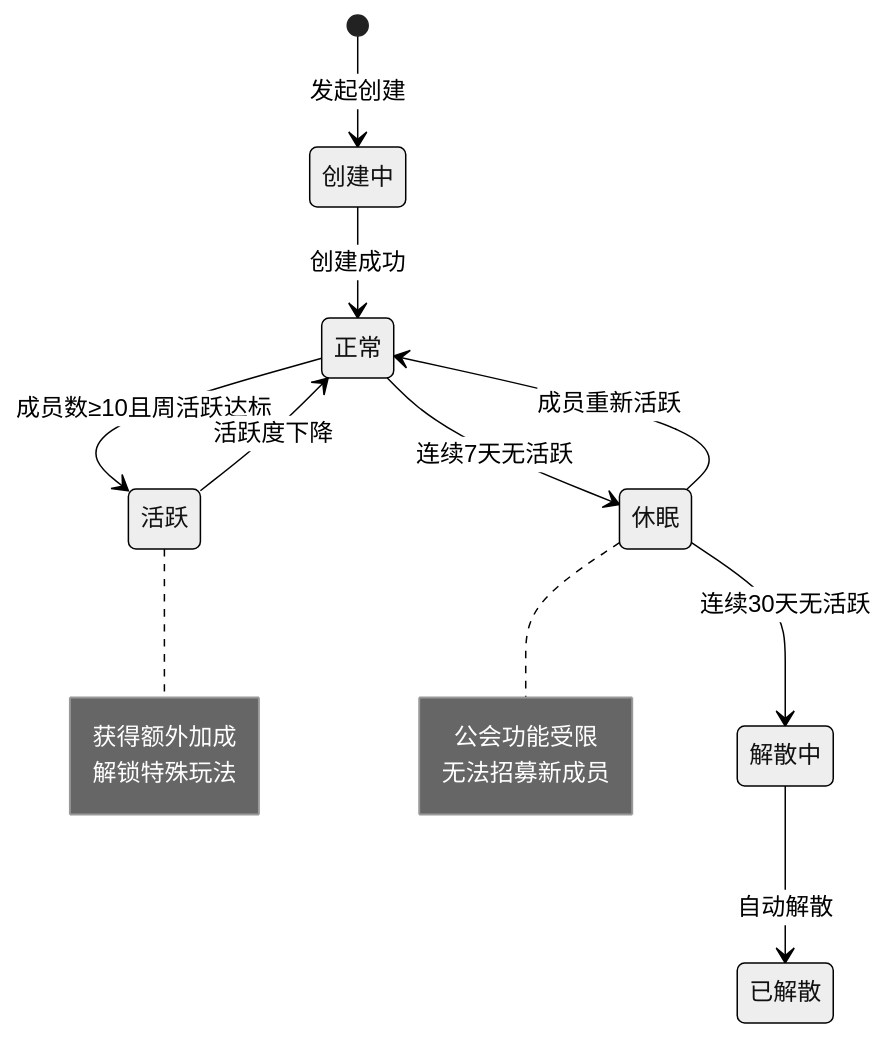
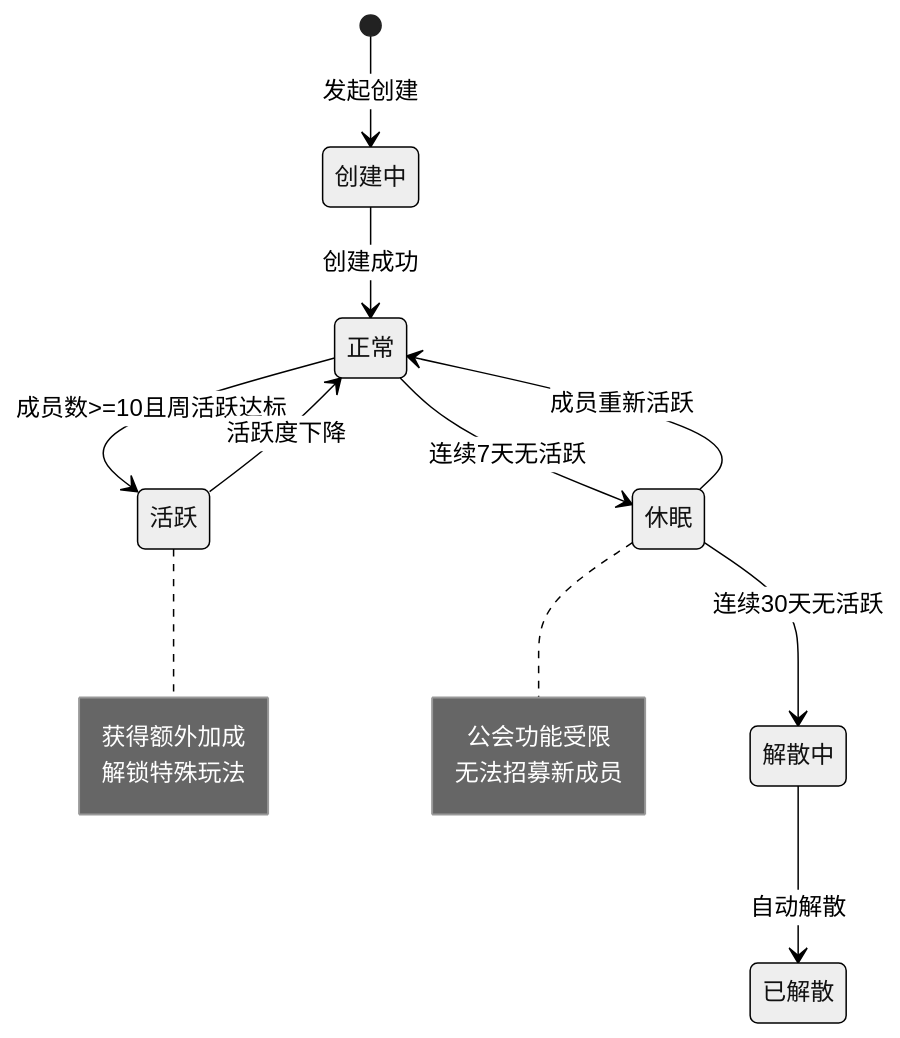
Before and after one commit to Alan-Ben/k2c_game_framework: the first of 6 diagrams in docs/Module_Guild/06_实现细节.md, drawn with Mermaid (neutral theme). The commit also changed other lines of this file and 75 other files, not shown here.

````diff
--- a/docs/Module_Guild/06_实现细节.md
+++ b/docs/Module_Guild/06_实现细节.md
@@ -73,21 +88,21 @@
 ```mermaid
 stateDiagram-v2
     [*] --> 创建中: 发起创建
     创建中 --> 正常: 创建成功
-    正常 --> 活跃: 成员数≥10且周活跃达标
+    正常 --> 活跃: 成员数>=10且周活跃达标
     活跃 --> 正常: 活跃度下降
     正常 --> 休眠: 连续7天无活跃
     休眠 --> 正常: 成员重新活跃
     休眠 --> 解散中: 连续30天无活跃
     解散中 --> 已解散: 自动解散
 
     note right of 活跃
         获得额外加成
         解锁特殊玩法
     end note
 
     note right of 休眠
         公会功能受限
         无法招募新成员
     end note
 ```
````
